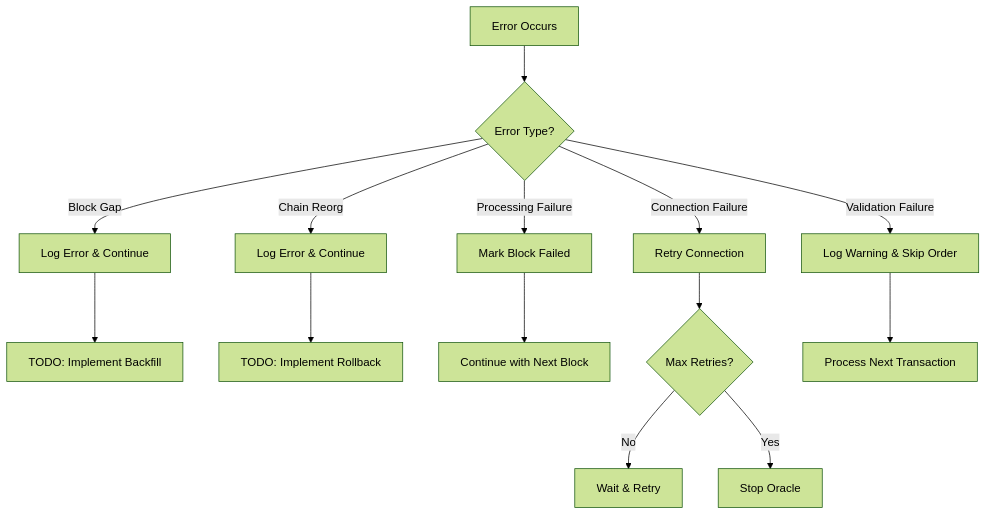
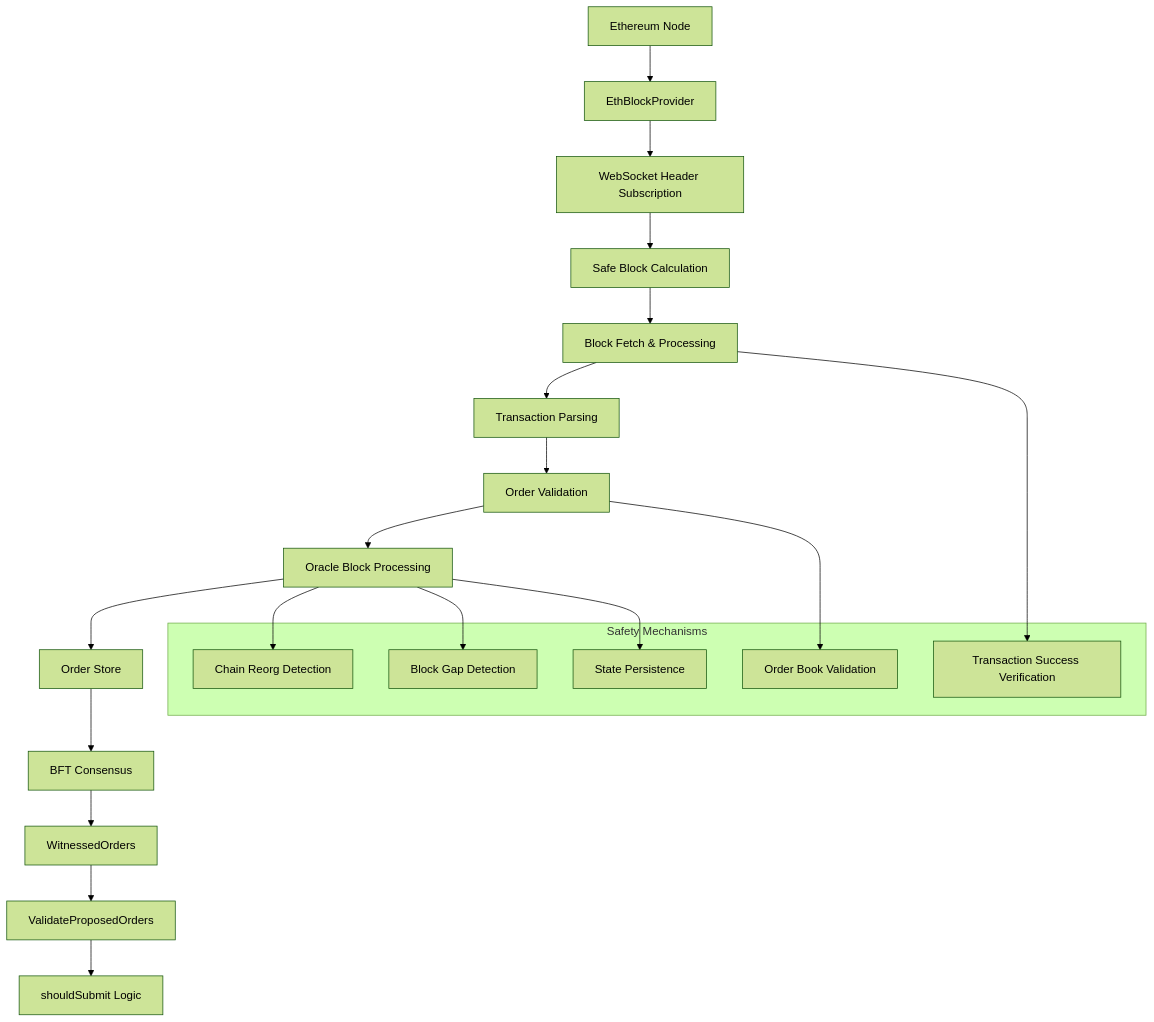
Before and after one commit to canopy-network/canopy: the diagram in cmd/rpc/oracle/ORACLE_FLOW.md, drawn with Mermaid (forest theme). The commit also changed other lines of this file, not shown here.

Commit message:
ORACLE_FLOW.md update

````diff
--- a/cmd/rpc/oracle/ORACLE_FLOW.md
+++ b/cmd/rpc/oracle/ORACLE_FLOW.md
@@ -172,17 +9,29 @@
 ```mermaid
 graph TD
-    A[Error Occurs] --> B{Error Type?}
-    B -->|Block Gap| C[Log Error & Continue]
-    B -->|Chain Reorg| D[Log Error & Continue]
-    B -->|Processing Failure| E[Mark Block Failed]
-    B -->|Connection Failure| F[Retry Connection]
-    B -->|Validation Failure| G[Log Warning & Skip Order]
+    A[Ethereum Node] --> B[EthBlockProvider]
+    B --> C[WebSocket Header Subscription]
+    C --> D[Safe Block Calculation]
+    D --> E[Block Fetch & Processing]
+    E --> F[Transaction Parsing]
+    F --> G[Order Validation]
+    G --> H[Oracle Block Processing]
+    H --> I[Order Store]
+    I --> J[BFT Consensus]
+    J --> K[WitnessedOrders]
+    K --> L[ValidateProposedOrders]
+    L --> M[shouldSubmit Logic]
     
-    C --> H[TODO: Implement Backfill]
-    D --> I[TODO: Implement Rollback]
-    E --> J[Continue with Next Block]
-    F --> K{Max Retries?}
-    K -->|No| L[Wait & Retry]
-    K -->|Yes| M[Stop Oracle]
-    G --> N[Process Next Transaction]
+    subgraph "Safety Mechanisms"
+        N[Chain Reorg Detection]
+        O[Block Gap Detection]
+        P[Transaction Success Verification]
+        Q[Order Book Validation]
+        R[State Persistence]
+    end
+    
+    H --> N
+    H --> O
+    E --> P
+    G --> Q
+    H --> R
 ```
````
